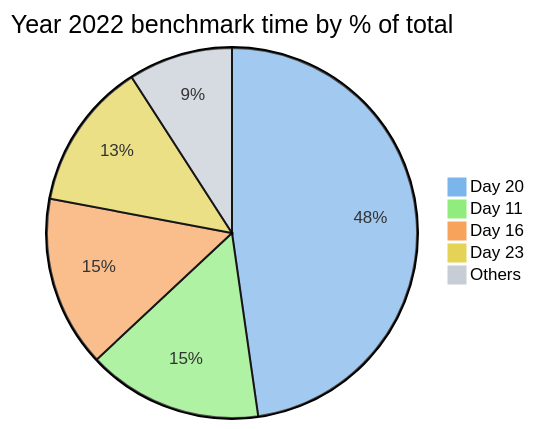
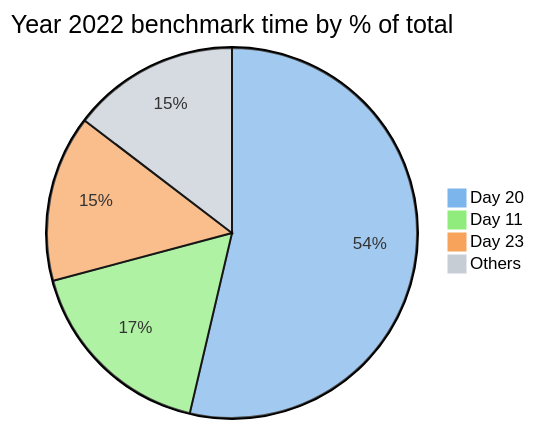
Before and after one commit to maneatingape/advent-of-code-rust: the second of 7 diagrams in README.md, drawn with Mermaid. The commit also changed other lines of this file and 1 other file, not shown here.

````diff
--- a/README.md
+++ b/README.md
@@ -80,10 +80,9 @@
 ```mermaid
-%%{init: {"themeVariables": { "pie1": "#7cb5ec", "pie2": "#90ed7d", "pie3": "#f7a35c", "pie4": "#e4d354", "pie5": "#c6cdd5"}}}%%
+%%{init: {"themeVariables": { "pie1": "#7cb5ec", "pie2": "#90ed7d", "pie3": "#f7a35c", "pie4": "#c6cdd5"}}}%%
 pie
     title Year 2022 benchmark time by % of total
     "Day 20" : 7449
     "Day 11" : 2386
-    "Day 16" : 2331
     "Day 23" : 2017
-    "Others" : 1421
+    "Others" : 2029
 ```
````
